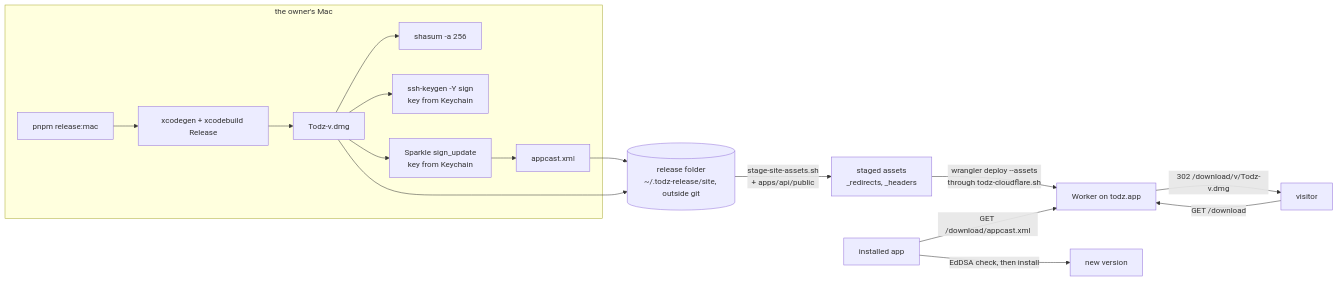
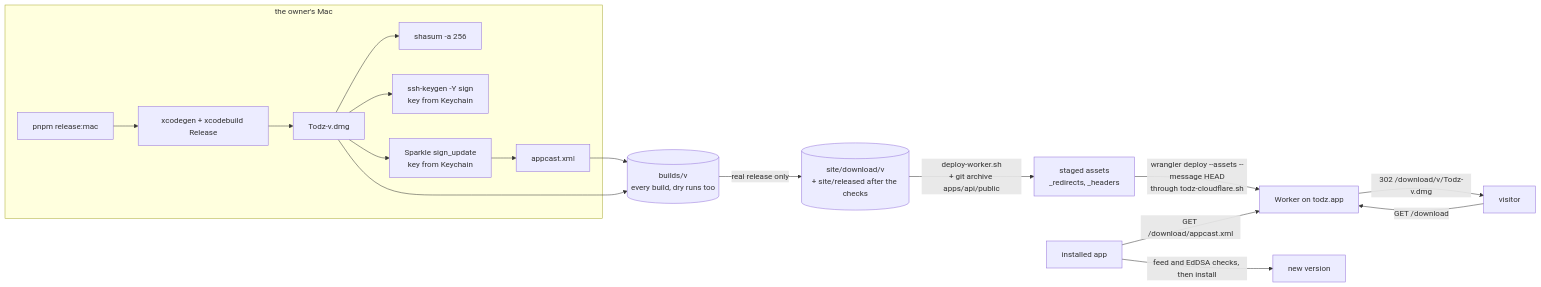
The diagram in docs/features/mac-distribution/spec.md (dhyegocalota/todz), drawn with Mermaid before and after one commit. The commit also changed other lines of this file and 5 other files, not shown here.

````diff
--- a/docs/features/mac-distribution/spec.md
+++ b/docs/features/mac-distribution/spec.md
@@ -39,19 +40,20 @@
 ```mermaid
 flowchart LR
   subgraph Mac[the owner's Mac]
     R[pnpm release:mac] --> X[xcodegen + xcodebuild Release]
     X --> D[Todz-v.dmg]
     D --> S[shasum -a 256]
     D --> G[ssh-keygen -Y sign<br/>key from Keychain]
     D --> U[Sparkle sign_update<br/>key from Keychain]
     U --> A[appcast.xml]
   end
-  A --> F[(release folder<br/>~/.todz-release/site, outside git)]
-  D --> F
-  F -->|stage-site-assets.sh<br/>+ apps/api/public| T[staged assets<br/>_redirects, _headers]
-  T -->|wrangler deploy --assets<br/>through todz-cloudflare.sh| W[Worker on todz.app]
+  A --> B[(builds/v<br/>every build, dry runs too)]
+  D --> B
+  B -->|real release only| F[(site/download/v<br/>+ site/released after the checks)]
+  F -->|deploy-worker.sh<br/>+ git archive apps/api/public| T[staged assets<br/>_redirects, _headers]
+  T -->|wrangler deploy --assets --message HEAD<br/>through todz-cloudflare.sh| W[Worker on todz.app]
   V[visitor] -->|GET /download| W
   W -->|302 /download/v/Todz-v.dmg| V
   P[installed app] -->|GET /download/appcast.xml| W
-  P -->|EdDSA check, then install| V2[new version]
+  P -->|feed and EdDSA checks, then install| V2[new version]
 ```
````
